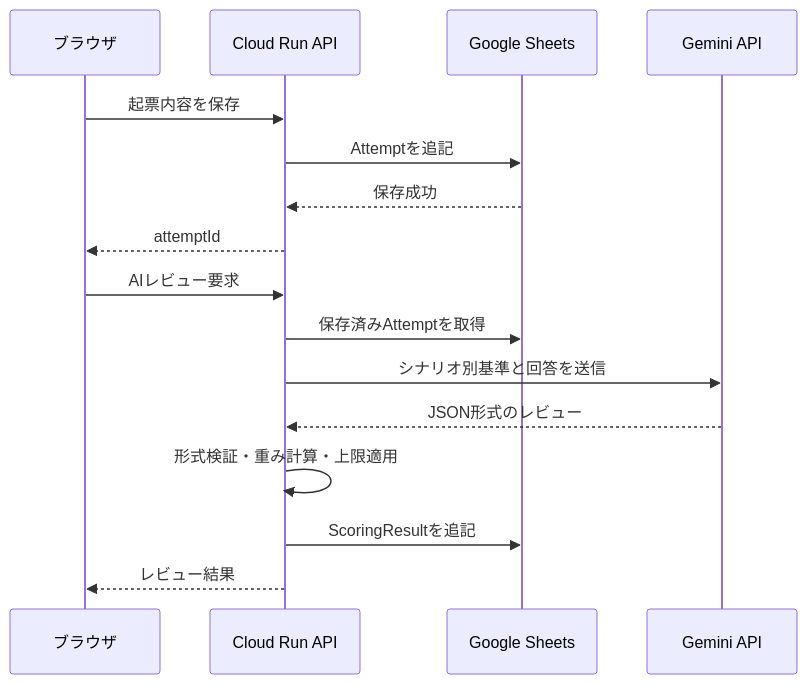
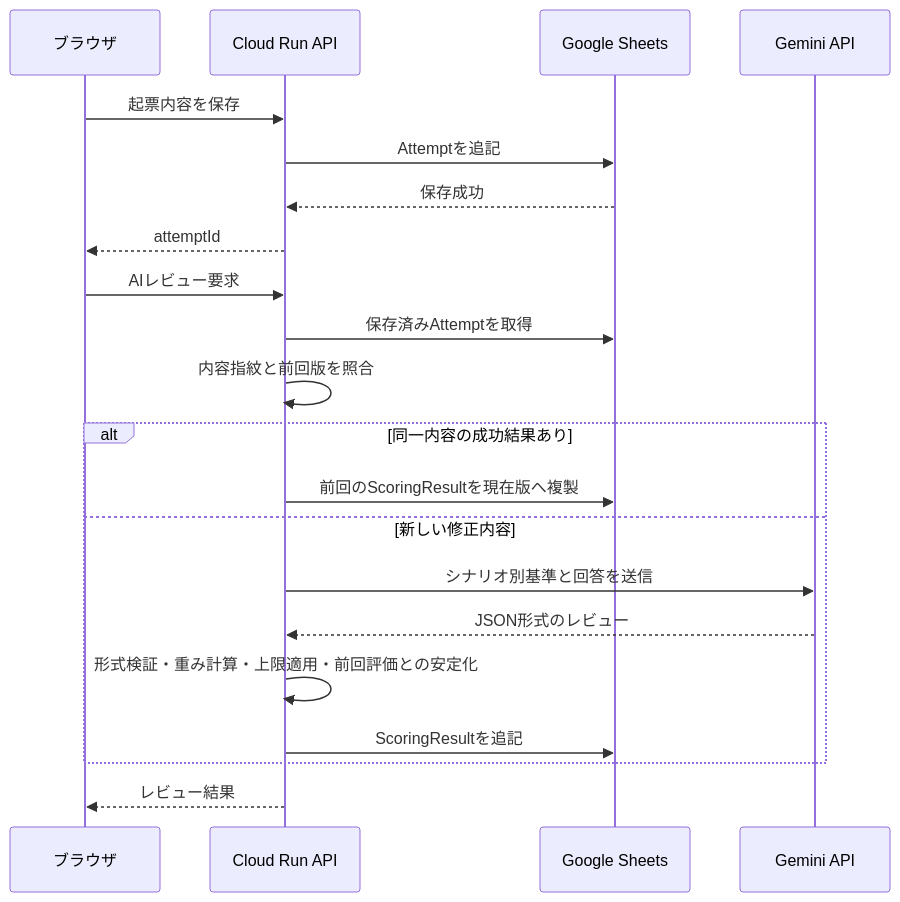
The third of 4 diagrams in docs/spec/system-architecture.md (nakayamaworks/akamain), drawn with Mermaid before and after one commit. The commit also changed other lines of this file and 6 other files, not shown here.

````diff
--- a/docs/spec/system-architecture.md
+++ b/docs/spec/system-architecture.md
@@ -220,19 +220,24 @@
 ```mermaid
 sequenceDiagram
     participant Browser as ブラウザ
     participant API as Cloud Run API
     participant Store as Google Sheets
     participant AI as Gemini API
 
     Browser->>API: 起票内容を保存
     API->>Store: Attemptを追記
     Store-->>API: 保存成功
     API-->>Browser: attemptId
     Browser->>API: AIレビュー要求
     API->>Store: 保存済みAttemptを取得
+    API->>API: 内容指紋と前回版を照合
+    alt 同一内容の成功結果あり
+        API->>Store: 前回のScoringResultを現在版へ複製
+    else 新しい修正内容
     API->>AI: シナリオ別基準と回答を送信
     AI-->>API: JSON形式のレビュー
-    API->>API: 形式検証・重み計算・上限適用
+    API->>API: 形式検証・重み計算・上限適用・前回評価との安定化
     API->>Store: ScoringResultを追記
+    end
     API-->>Browser: レビュー結果
 ```
````
